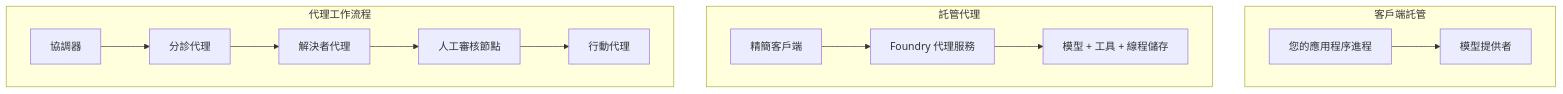
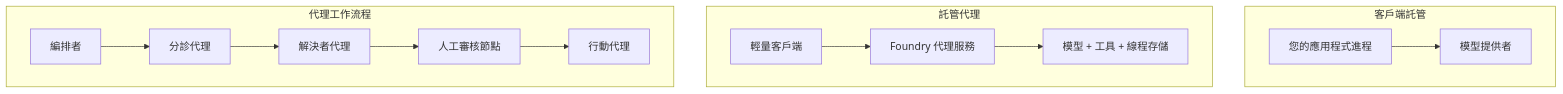
The first of 4 diagrams in mirrors/repos/microsoft@ai-agents-for-beginners/translations/zh-TW/16-deploying-scalable-agents/README.md (gabrielmoreira/agent-skills-mirror), drawn with Mermaid before and after one commit. The commit also changed other lines of this file and 4262 other files, not shown here.

````diff
--- a/mirrors/repos/microsoft@ai-agents-for-beginners/translations/zh-TW/16-deploying-scalable-agents/README.md
+++ b/mirrors/repos/microsoft@ai-agents-for-beginners/translations/zh-TW/16-deploying-scalable-agents/README.md
@@ -87,16 +87,16 @@
 ```mermaid
 flowchart TB
     subgraph P1[客戶端託管]
-        A1[您的應用程序進程] --> M1[模型提供者]
+        A1[您的應用程式進程] --> M1[模型提供者]
     end
     subgraph P2[託管代理]
-        A2[精簡客戶端] --> F2[Foundry 代理服務]
-        F2 --> M2[模型 + 工具 + 線程儲存]
+        A2[輕量客戶端] --> F2[Foundry 代理服務]
+        F2 --> M2[模型 + 工具 + 線程存儲]
     end
     subgraph P3[代理工作流程]
-        A3[協調器] --> S1[分診代理]
+        A3[編排者] --> S1[分診代理]
         S1 --> S2[解決者代理]
         S2 --> H[人工審核節點]
         H --> S3[行動代理]
     end
 ```
````
